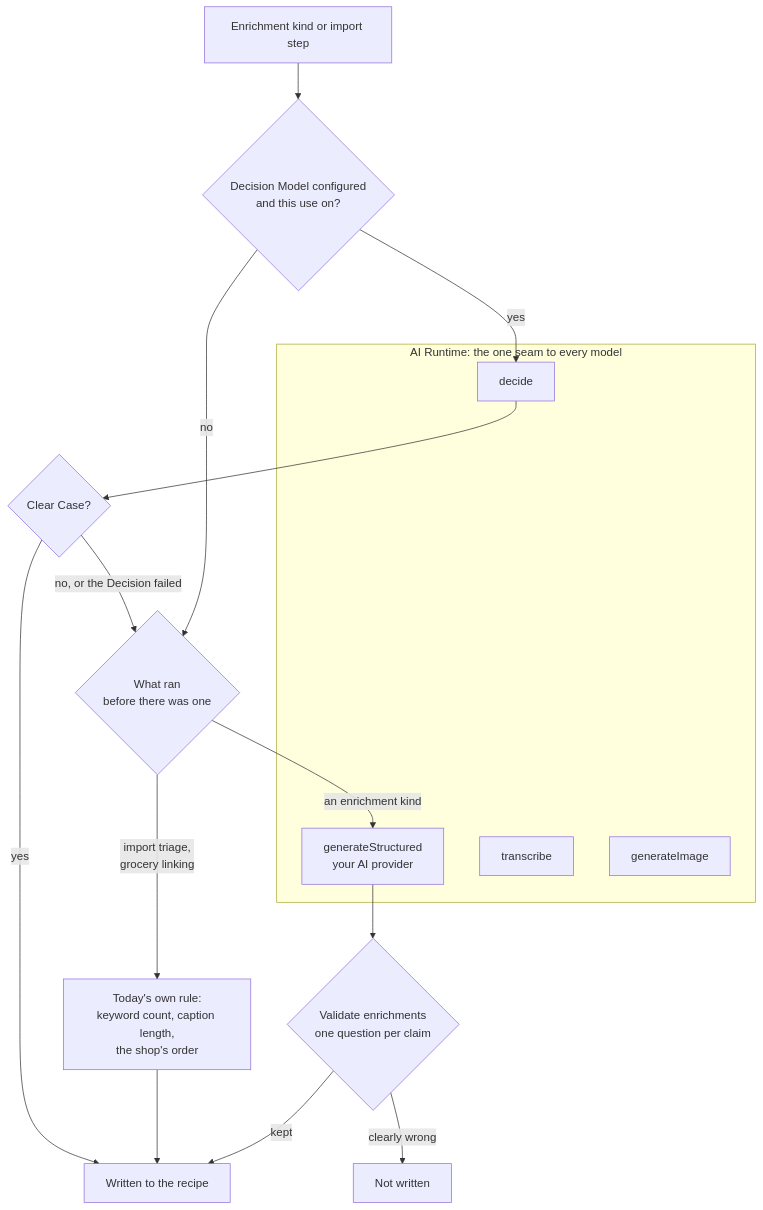
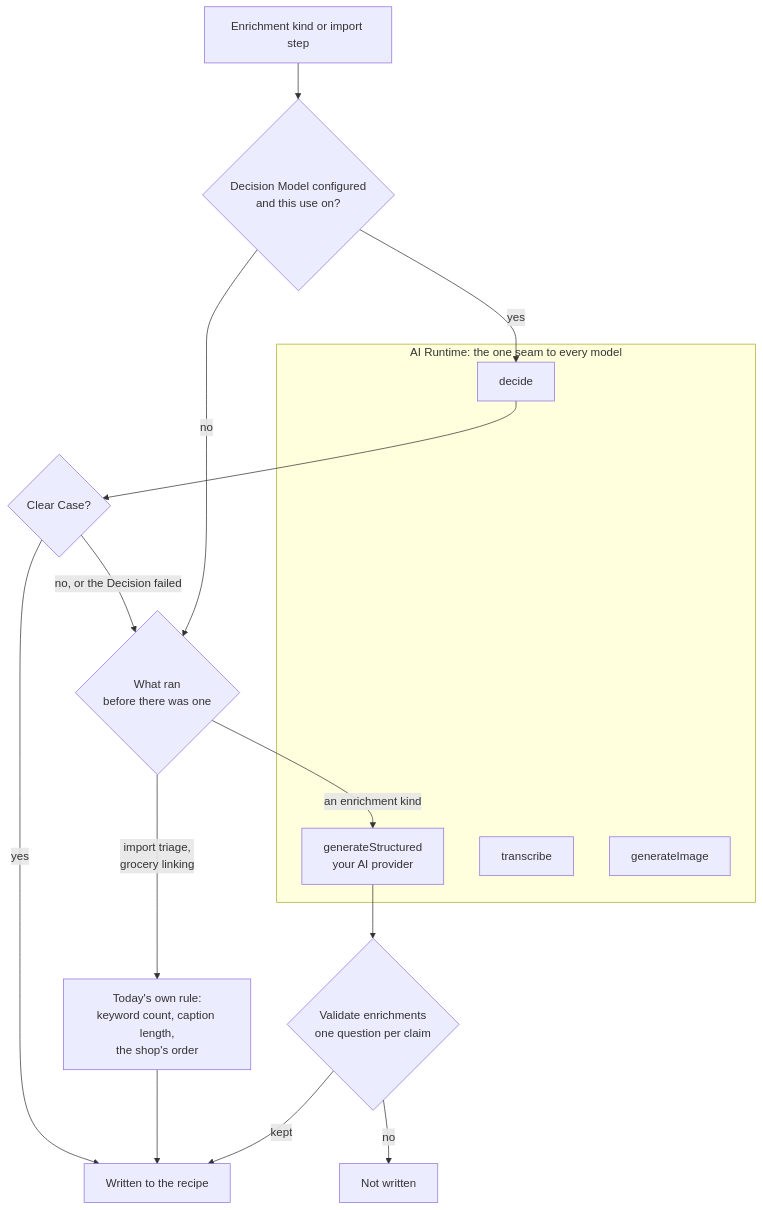
The diagram in apps/docs/docs/configuration/ai-provider.md (norish-recipes/norish), drawn with Mermaid before and after one commit. The commit also changed other lines of this file and 30 other files, not shown here.

````diff
--- a/apps/docs/docs/configuration/ai-provider.md
+++ b/apps/docs/docs/configuration/ai-provider.md
@@ -227,21 +242,21 @@
 ```mermaid
 flowchart TD
   K[Enrichment kind or import step] --> U{Decision Model configured<br/>and this use on?}
   U -- yes --> D[decide]
   D --> C{Clear Case?}
   C -- yes --> W[Written to the recipe]
   C -- "no, or the Decision failed" --> F{What ran<br/>before there was one}
   U -- no --> F
   F -- "an enrichment kind" --> G[generateStructured<br/>your AI provider]
   F -- "import triage,<br/>grocery linking" --> H[Today's own rule:<br/>keyword count, caption length,<br/>the shop's order]
   H --> W
   G --> V{Validate enrichments<br/>one question per claim}
   V -- kept --> W
-  V -- "clearly wrong" --> X[Not written]
+  V -- "no" --> X[Not written]
   subgraph R[AI Runtime: the one seam to every model]
     D
     G
     T[transcribe]
     I[generateImage]
   end
 ```
````
